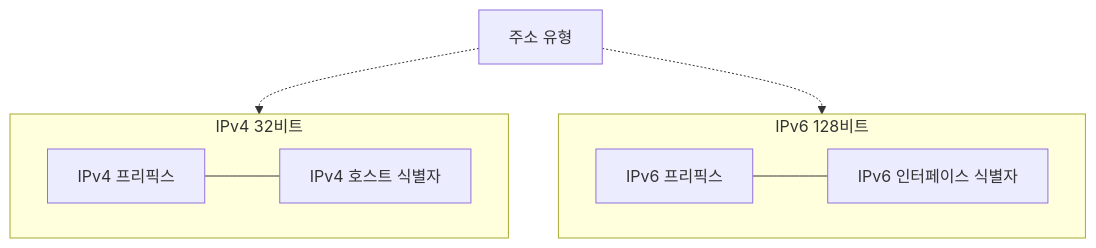
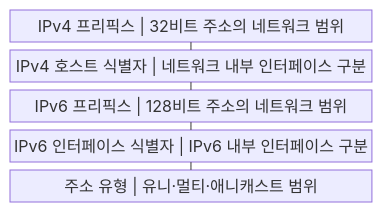
One commit to agnusdei1207/knowledge-base changed the first of 2 diagrams in src/content/docs/notes/04-network/004_ip_addressing_ipv4_ipv6.md. Above: the diagram before and after it, drawn with Mermaid. The commit also changed other lines of this file and 20 other files, not shown here.

````diff
--- a/src/content/docs/notes/04-network/004_ip_addressing_ipv4_ipv6.md
+++ b/src/content/docs/notes/04-network/004_ip_addressing_ipv4_ipv6.md
@@ -60,11 +60,13 @@
 ```mermaid
-flowchart TB
-    subgraph V4["IPv4 32비트"]
-        P4["IPv4 프리픽스"] --- H4["IPv4 호스트 식별자"]
-    end
-    subgraph V6["IPv6 128비트"]
-        P6["IPv6 프리픽스"] --- I6["IPv6 인터페이스 식별자"]
-    end
-    T["주소 유형"] -.-> V4
-    T -.-> V6
+block
+    columns 1
+    A["IPv4 프리픽스 | 32비트 주소의 네트워크 범위"]
+    B["IPv4 호스트 식별자 | 네트워크 내부 인터페이스 구분"]
+    C["IPv6 프리픽스 | 128비트 주소의 네트워크 범위"]
+    D["IPv6 인터페이스 식별자 | IPv6 내부 인터페이스 구분"]
+    E["주소 유형 | 유니·멀티·애니캐스트 범위"]
+    A --- B
+    B --- C
+    C --- D
+    D --- E
 ```
````
